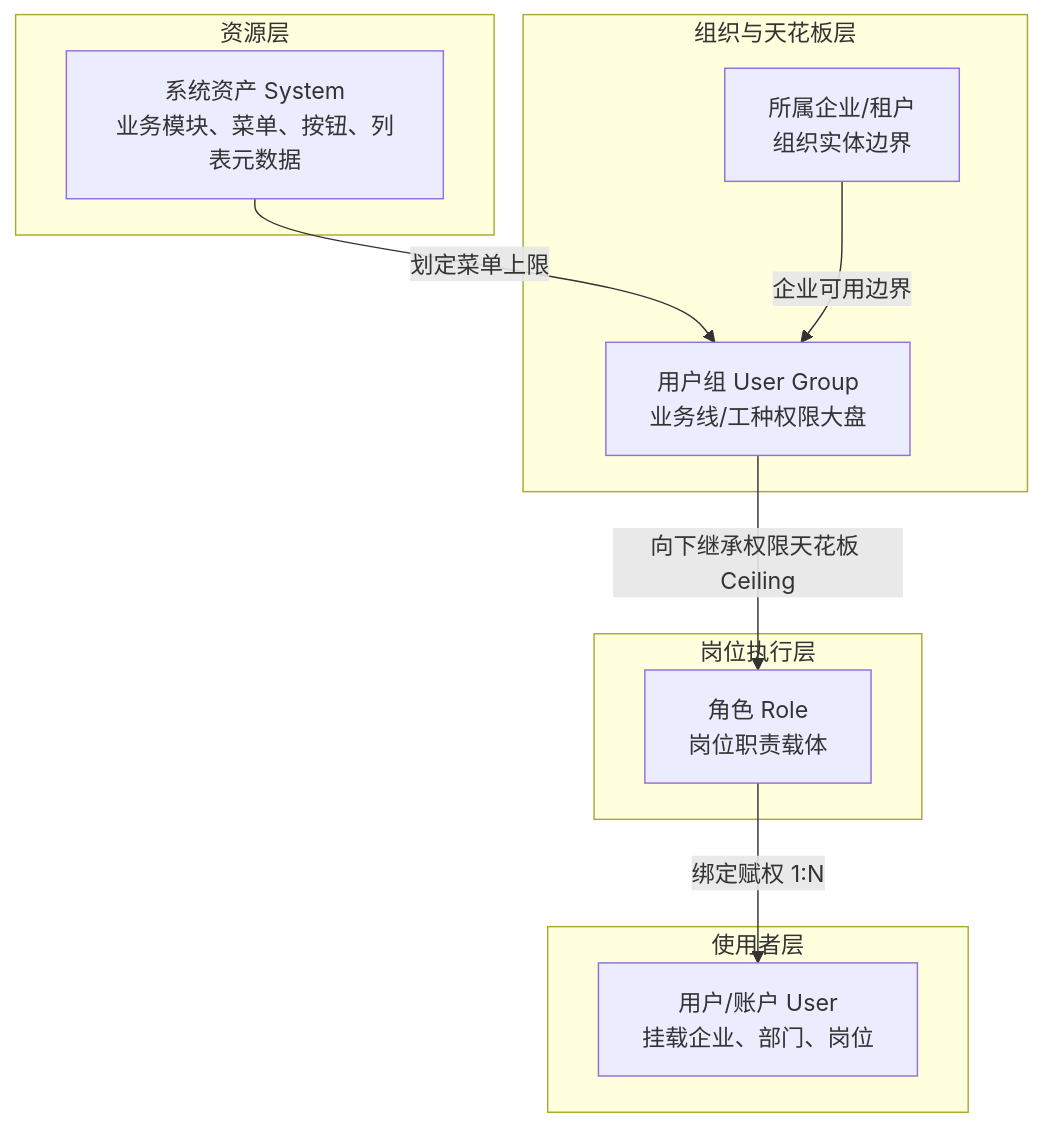
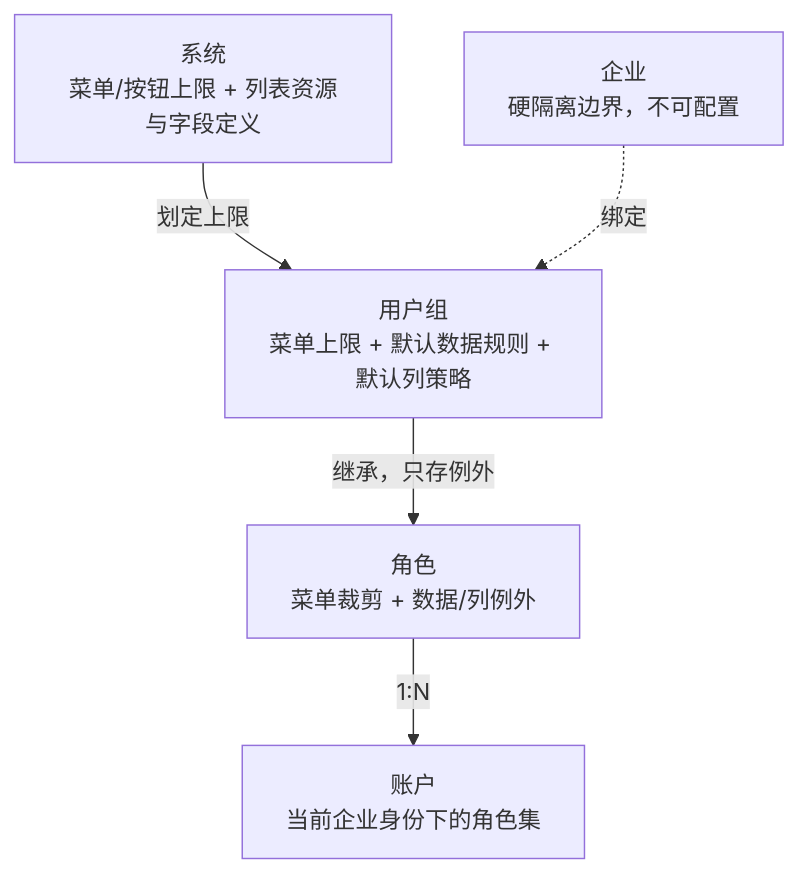
The diagram in private/qianrong_权限系统产品设计与数据权限过滤全景方案.md (duuu233/project-hub), drawn with Mermaid before and after one commit. The commit also changed other lines of this file and 2 other files, not shown here.

````diff
--- a/private/qianrong_权限系统产品设计与数据权限过滤全景方案.md
+++ b/private/qianrong_权限系统产品设计与数据权限过滤全景方案.md
@@ -29,23 +59,7 @@
 ```mermaid
 flowchart TD
-    subgraph 资源层
-        SYS[系统资产 System<br/>业务模块、菜单、按钮、列表元数据]
-    end
-
-    subgraph 组织与天花板层
-        ENT[所属企业/租户<br/>组织实体边界]
-        UG[用户组 User Group<br/>业务线/工种权限大盘]
-        SYS -->|划定菜单上限| UG
-        ENT -->|企业可用边界| UG
-    end
-
-    subgraph 岗位执行层
-        ROLE[角色 Role<br/>岗位职责载体]
-        UG -->|向下继承权限天花板 Ceiling| ROLE
-    end
-
-    subgraph 使用者层
-        USER[用户/账户 User<br/>挂载企业、部门、岗位]
-        ROLE -->|绑定赋权 1:N| USER
-    end
+    SYS[系统<br/>菜单/按钮上限 + 列表资源与字段定义] -->|划定上限| UG
+    ENT[企业<br/>硬隔离边界，不可配置] -.绑定.-> UG
+    UG[用户组<br/>菜单上限 + 默认数据规则 + 默认列策略] -->|继承，只存例外| ROLE
+    ROLE[角色<br/>菜单裁剪 + 数据/列例外] -->|1:N| USER[账户<br/>当前企业身份下的角色集]
 ```
````
